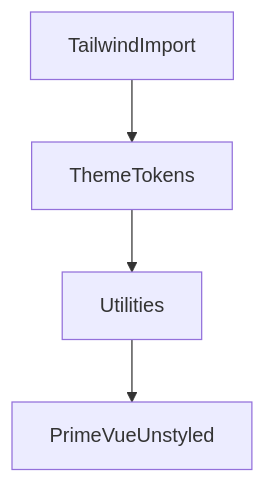
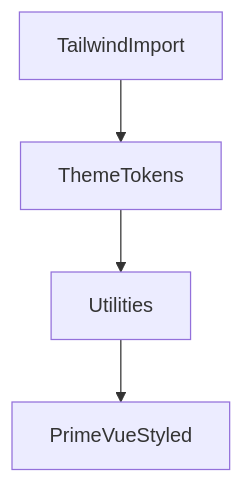
The diagram in codebase-docs/modules/styling.md (michaelnji/kira), drawn with Mermaid before and after one commit. The commit also changed other lines of this file and 13 other files, not shown here.

````diff
--- a/codebase-docs/modules/styling.md
+++ b/codebase-docs/modules/styling.md
@@ -73,6 +73,6 @@
 ```mermaid
 flowchart TD
   TailwindImport --> ThemeTokens
   ThemeTokens --> Utilities
-  Utilities --> PrimeVueUnstyled
+  Utilities --> PrimeVueStyled
 ```
````
